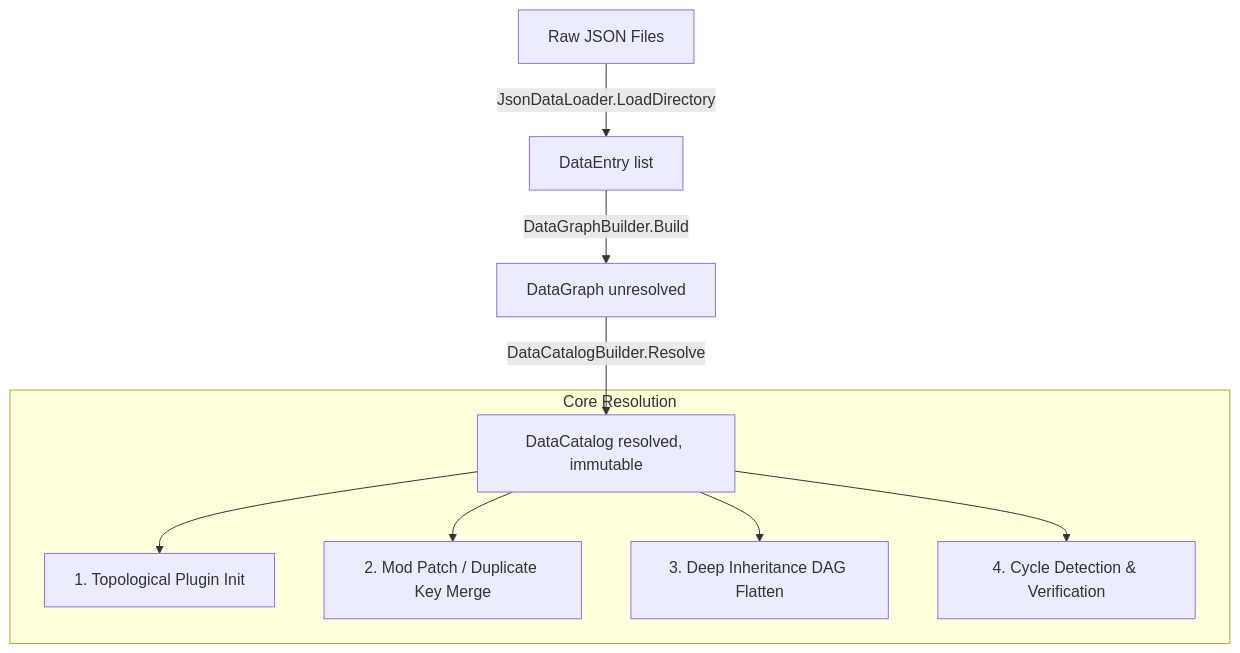
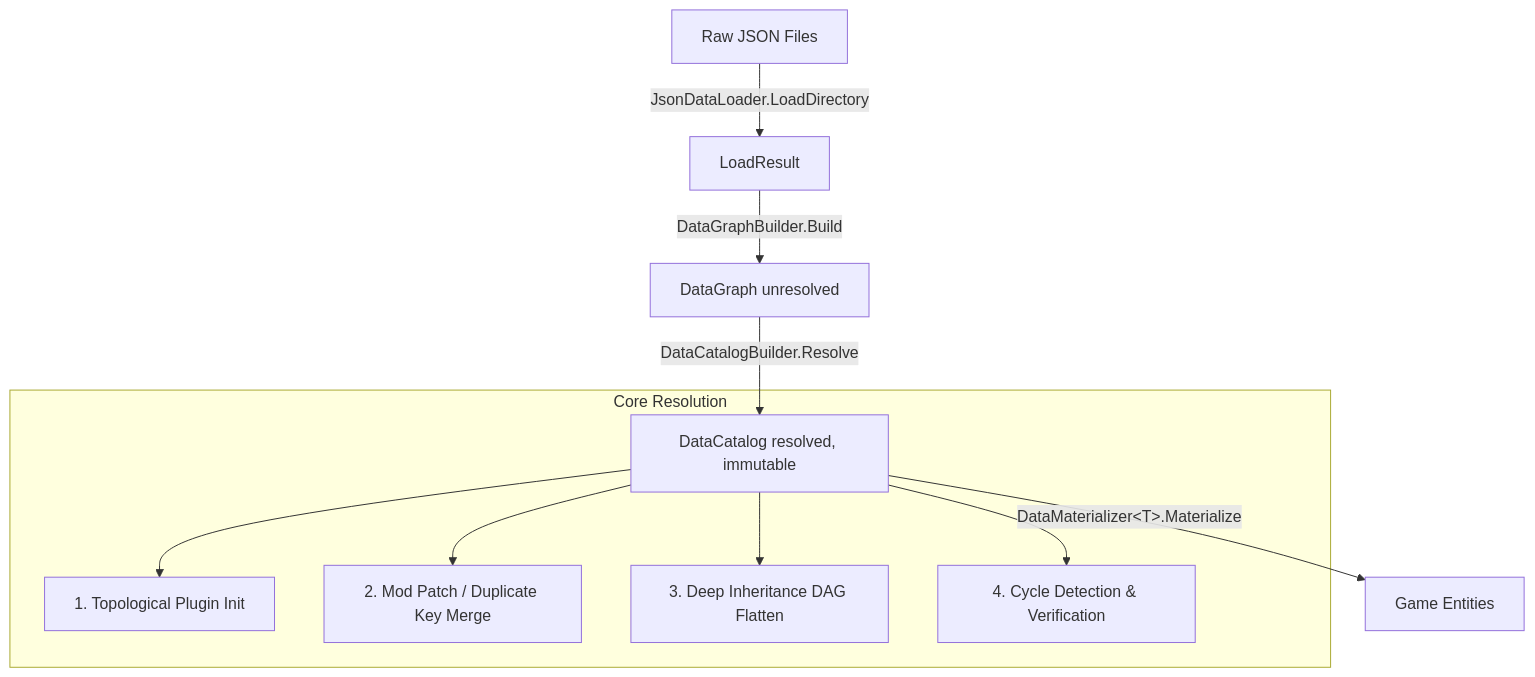
The diagram in README.md (fm39hz/DataCatalyst), drawn with Mermaid before and after one commit. The commit also changed other lines of this file and 6 other files, not shown here.

````diff
--- a/README.md
+++ b/README.md
@@ -57,13 +57,14 @@
 ```mermaid
 graph TD
-    A[Raw JSON Files] -->|JsonDataLoader.LoadDirectory| B[DataEntry list]
+    A[Raw JSON Files] -->|JsonDataLoader.LoadDirectory| B[LoadResult]
     B -->|DataGraphBuilder.Build| C[DataGraph unresolved]
     C -->|DataCatalogBuilder.Resolve| D[DataCatalog resolved, immutable]
+    D -->|DataMaterializer&lt;T&gt;.Materialize| E[Game Entities]
 
     subgraph Core Resolution
         D --> D1[1. Topological Plugin Init]
         D --> D2[2. Mod Patch / Duplicate Key Merge]
         D --> D3[3. Deep Inheritance DAG Flatten]
         D --> D4[4. Cycle Detection & Verification]
     end
 ```
````
